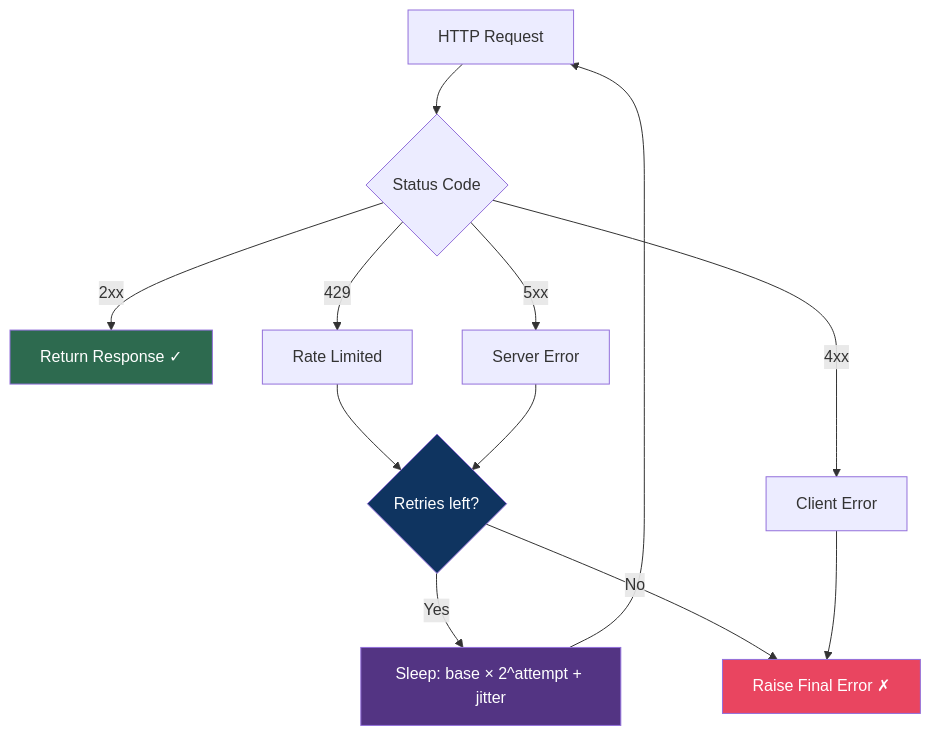
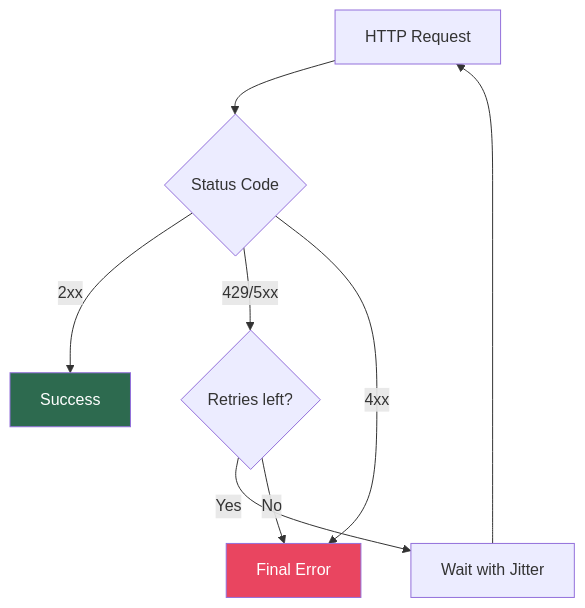
The seventh of 7 diagrams in docs/architecture.md (pankaj-kumar-techie/social-media-sdk), drawn with Mermaid before and after one commit. The commit also changed other lines of this file and 8 other files, not shown here.

Commit message:
Refactor README for clarity and add detailed architecture documentation.

````diff
--- a/docs/architecture.md
+++ b/docs/architecture.md
@@ -281,23 +250,14 @@
 ```mermaid
 flowchart TD
     REQ[HTTP Request] --> STATUS{Status Code}
+    STATUS -->|2xx| OK[Success]
+    STATUS -->|429/5xx| RETRYABLE{Retries left?}
+    STATUS -->|4xx| RAISE[Client Error]
 
-    STATUS -->|2xx| OK[Return Response ✓]
-    STATUS -->|429| RATE[Rate Limited]
-    STATUS -->|5xx| SERVER[Server Error]
-    STATUS -->|4xx| CLIENT[Client Error]
-
-    RATE --> RETRYABLE{Retries left?}
-    SERVER --> RETRYABLE
-
-    RETRYABLE -->|Yes| BACKOFF["Sleep: base × 2^attempt + jitter"]
+    RETRYABLE -->|Yes| BACKOFF[Wait with Jitter]
     BACKOFF --> REQ
-
-    RETRYABLE -->|No| RAISE[Raise Final Error ✗]
-    CLIENT --> RAISE
+    RETRYABLE -->|No| RAISE[Final Error]
 
     style OK fill:#2d6a4f,color:#fff
     style RAISE fill:#e94560,color:#fff
-    style BACKOFF fill:#533483,color:#fff
-    style RETRYABLE fill:#0f3460,color:#fff
 ```
````
